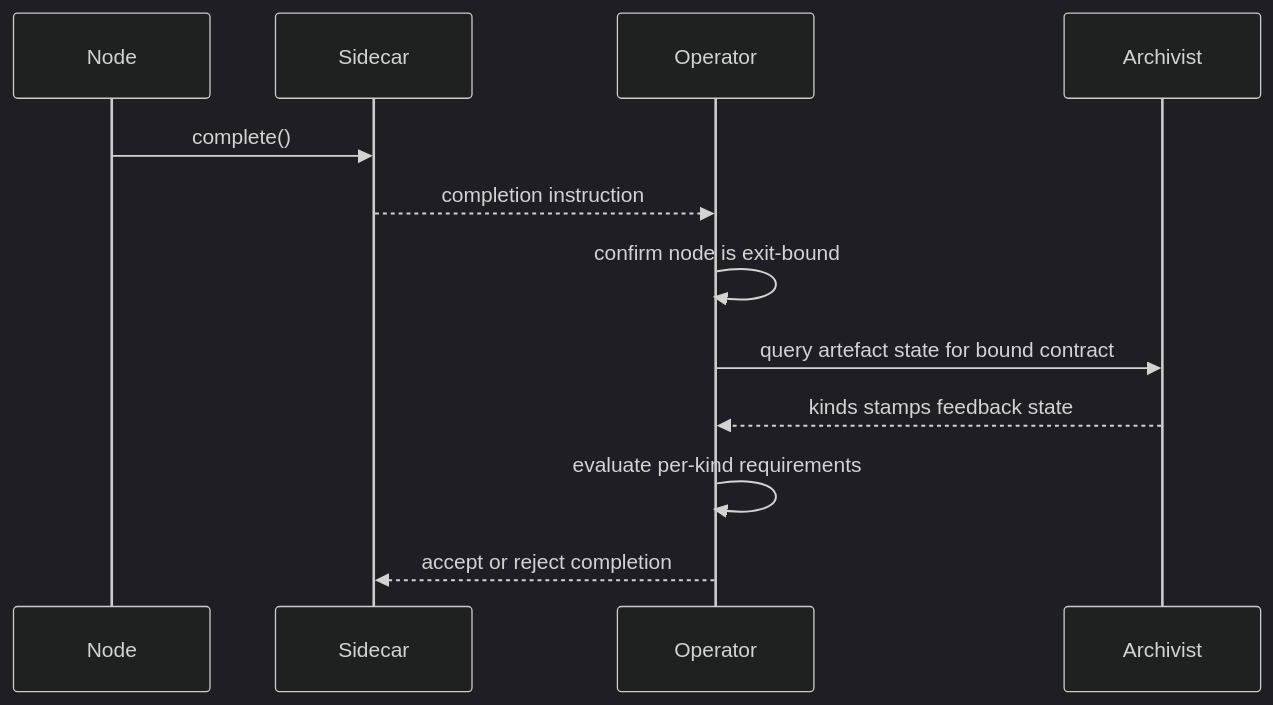
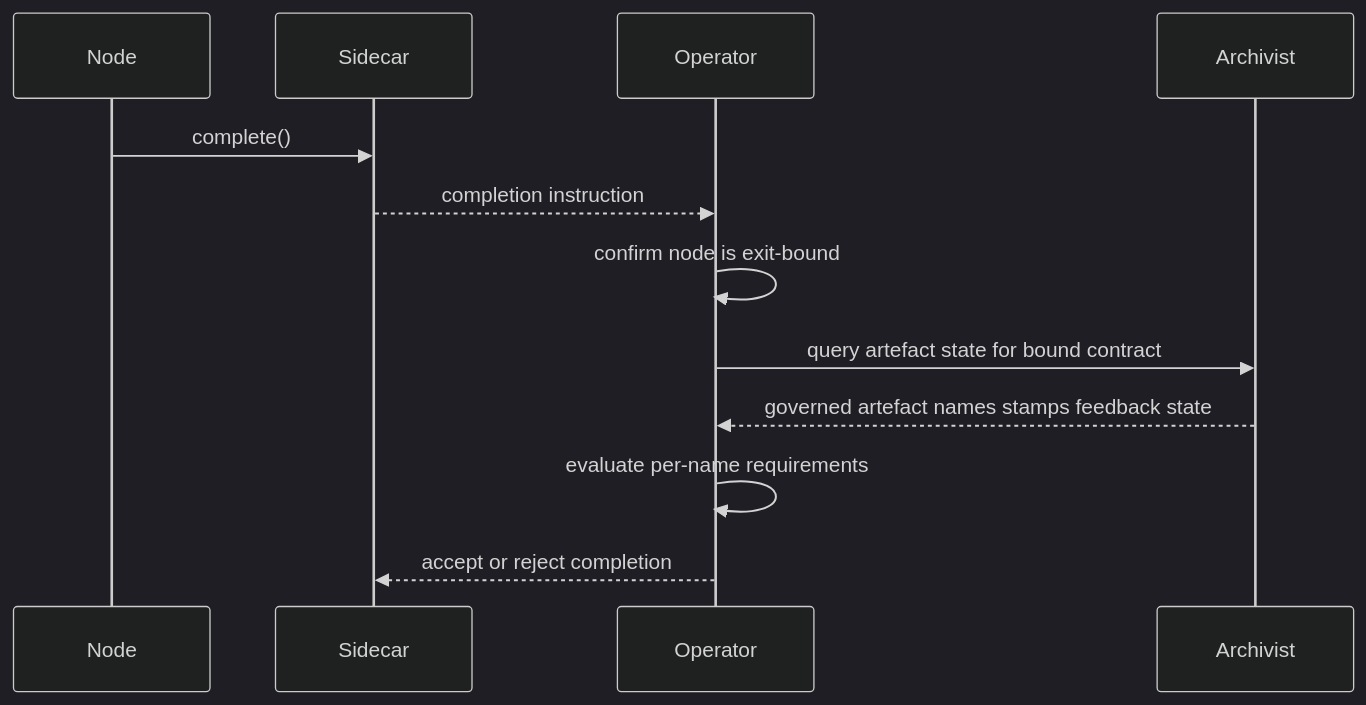
Before and after one commit to really-knows-ai/gideas: the third of 3 diagrams in specs/02-flow/02-workitem.md, drawn with Mermaid (dark theme). The commit also changed other lines of this file and 59 other files, not shown here.

First line of the commit message:
refactor: remove spec.kind from GovernedArtefact, rename proto kind to governed_artefact

````diff
--- a/specs/02-flow/02-workitem.md
+++ b/specs/02-flow/02-workitem.md
@@ -146,15 +146,15 @@
 ```mermaid
 sequenceDiagram
     participant ND as Node
     participant SC as Sidecar
     participant OP as Operator
     participant AR as Archivist
 
     ND->>SC: complete()
     SC-->>OP: completion instruction
     OP->>OP: confirm node is exit-bound
     OP->>AR: query artefact state for bound contract
-    AR-->>OP: kinds stamps feedback state
-    OP->>OP: evaluate per-kind requirements
+    AR-->>OP: governed artefact names stamps feedback state
+    OP->>OP: evaluate per-name requirements
     OP-->>SC: accept or reject completion
 ```
````
